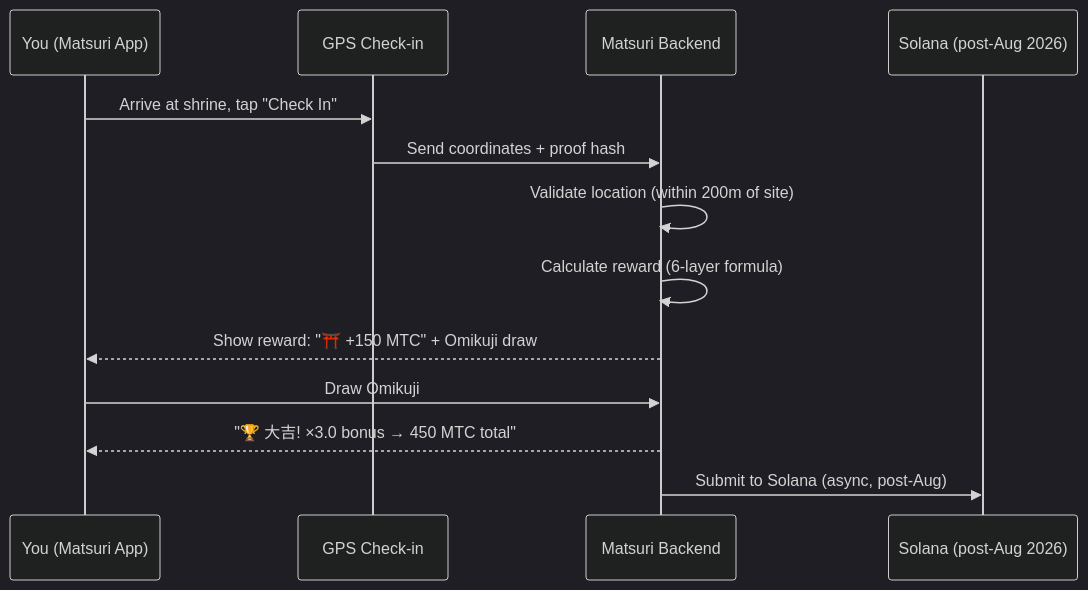
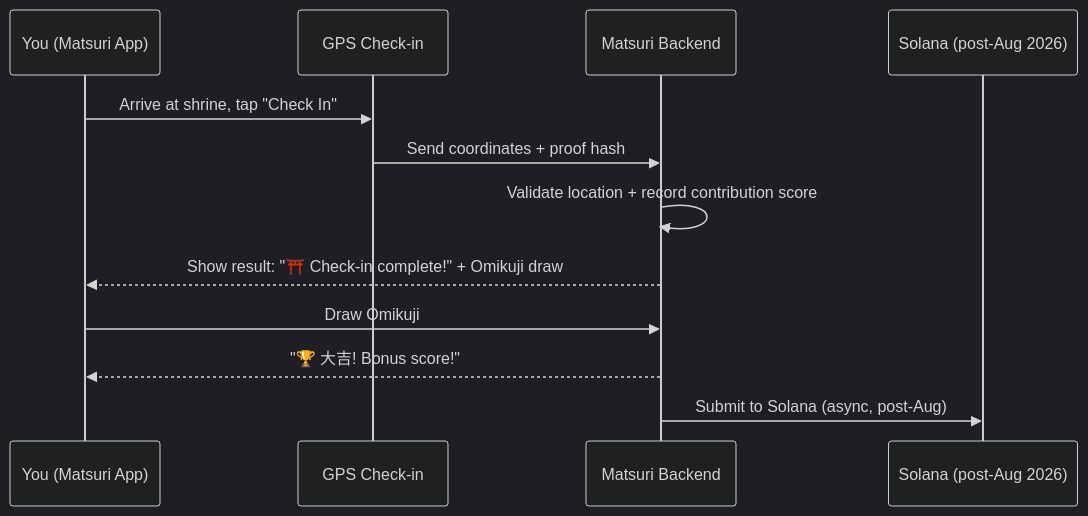
The second of 3 diagrams in docs/04b-how-to-earn.md (Cootakahashi/matsuri-dao-whitepaper), drawn with Mermaid (dark theme) before and after one commit. The commit also changed other lines of this file and 51 other files, not shown here.

````diff
--- a/docs/04b-how-to-earn.md
+++ b/docs/04b-how-to-earn.md
@@ -76,16 +76,15 @@
 ```mermaid
 sequenceDiagram
     participant U as You (Matsuri App)
     participant GPS as GPS Check-in
     participant API as Matsuri Backend
     participant SC as Solana (post-Aug 2026)
 
     U->>GPS: Arrive at shrine, tap "Check In"
     GPS->>API: Send coordinates + proof hash
-    API->>API: Validate location (within 200m of site)
-    API->>API: Calculate reward (6-layer formula)
-    API-->>U: Show reward: "⛩️ +150 MTC" + Omikuji draw
+    API->>API: Validate location + record contribution score
+    API-->>U: Show result: "⛩️ Check-in complete!" + Omikuji draw
     U->>API: Draw Omikuji
-    API-->>U: "🏆 大吉! ×3.0 bonus → 450 MTC total"
+    API-->>U: "🏆 大吉! Bonus score!"
     API->>SC: Submit to Solana (async, post-Aug)
 ```
````
